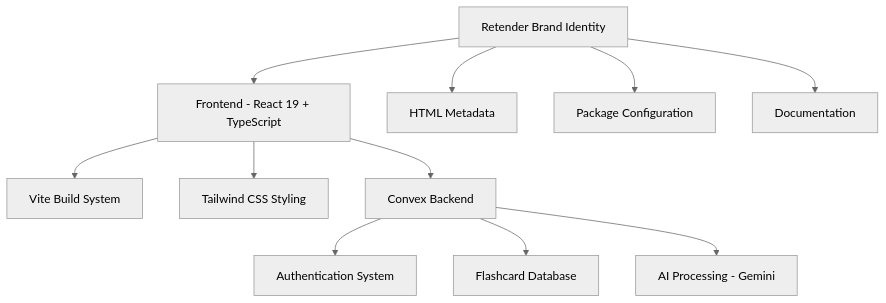
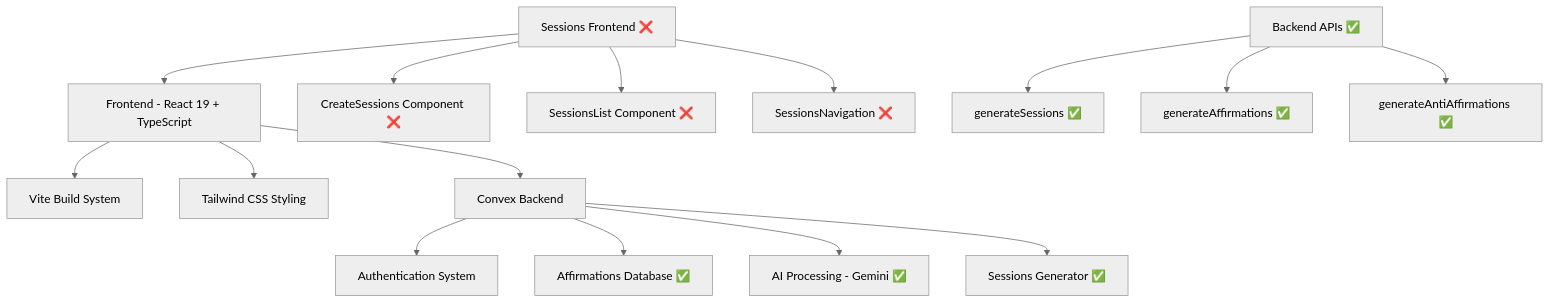
The first of 3 diagrams in docs/prd.md (Tobarrientos2/retender), drawn with Mermaid (neutral theme) before and after one commit. The commit also changed other lines of this file and 15 other files, not shown here.

````diff
--- a/docs/prd.md
+++ b/docs/prd.md
@@ -9,14 +9,19 @@
 ```mermaid
 graph TB
     A[Frontend - React 19 + TypeScript] --> B[Vite Build System]
     A --> C[Tailwind CSS Styling]
     A --> D[Convex Backend]
     D --> E[Authentication System]
-    D --> F[Flashcard Database]
-    D --> G[AI Processing - Gemini]
-    
-    H[Retender Brand Identity] --> A
-    H --> I[HTML Metadata]
-    H --> J[Package Configuration]
-    H --> K[Documentation]
+    D --> F[Affirmations Database ✅]
+    D --> G[AI Processing - Gemini ✅]
+    D --> H[Sessions Generator ✅]
+
+    I[Sessions Frontend ❌] --> A
+    I --> J[CreateSessions Component ❌]
+    I --> K[SessionsList Component ❌]
+    I --> L[SessionsNavigation ❌]
+
+    M[Backend APIs ✅] --> N[generateSessions ✅]
+    M --> O[generateAffirmations ✅]
+    M --> P[generateAntiAffirmations ✅]
 ```
````
